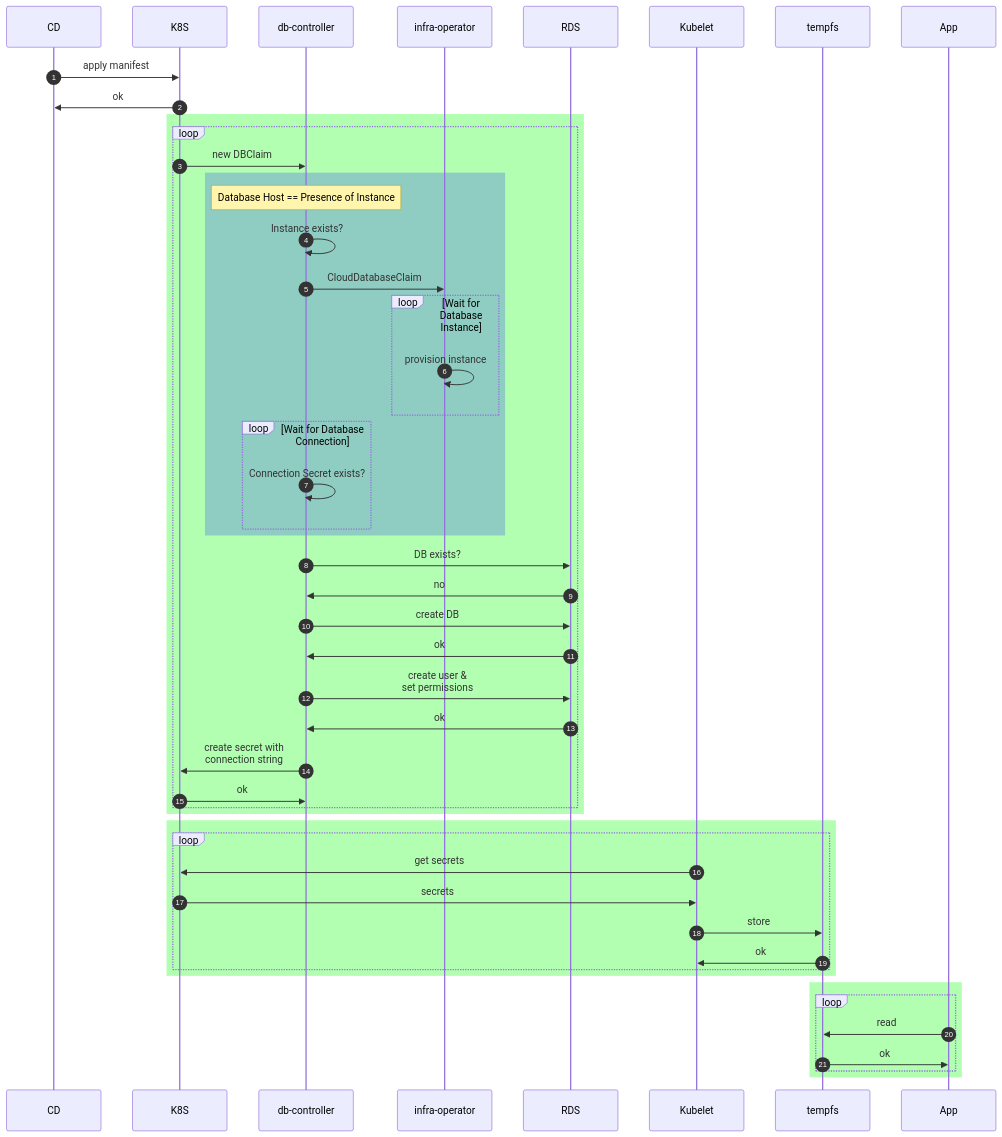
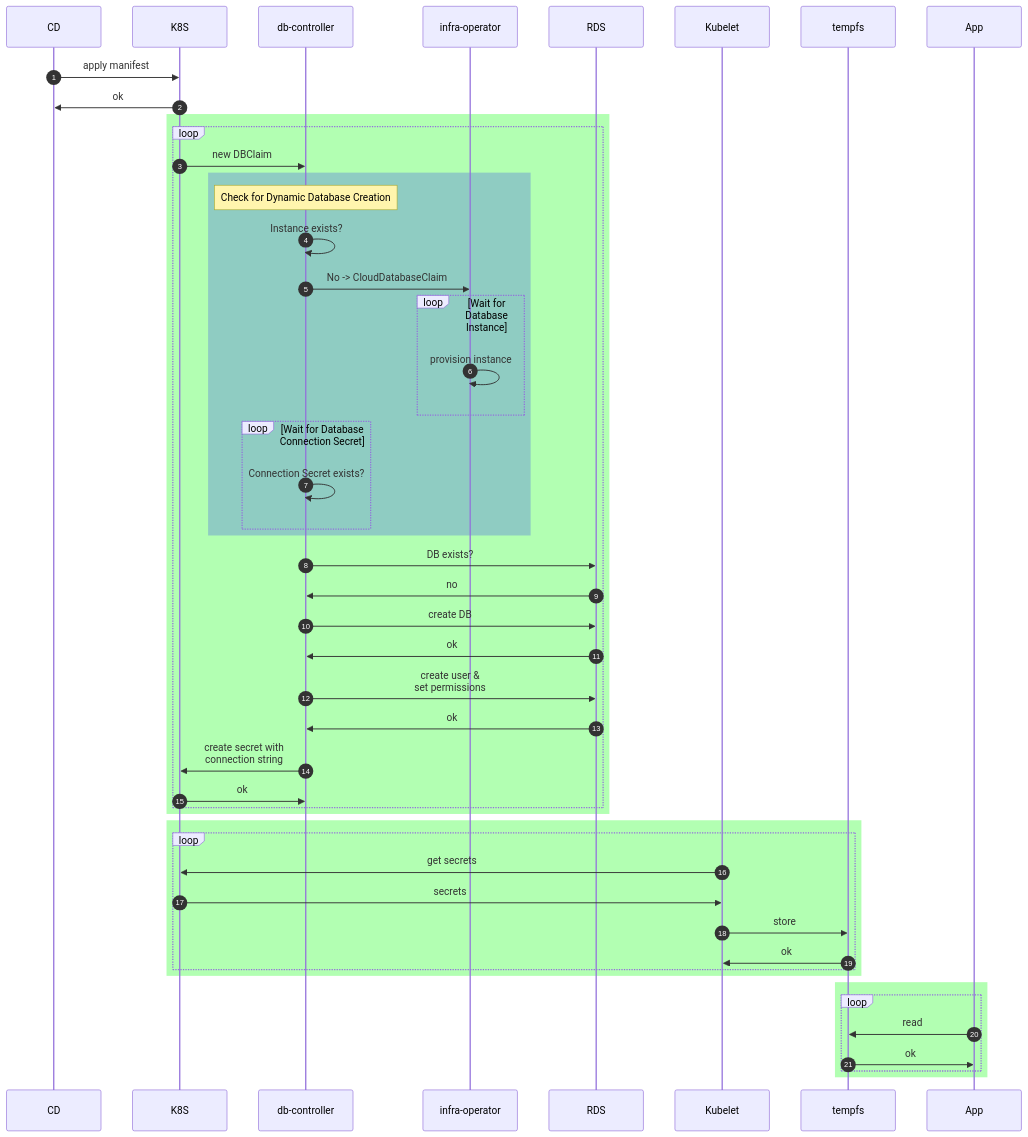
One commit to infobloxopen/db-controller changed the first of 7 diagrams in docs/index.md. Above: the diagram before and after it, drawn with Mermaid. The commit also changed other lines of this file, not shown here.

````diff
--- a/docs/index.md
+++ b/docs/index.md
@@ -80,44 +80,44 @@
 ```mermaid
   sequenceDiagram
     autonumber
     CD ->> K8S: apply manifest
     K8S ->> CD: ok
     rect rgb(0, 255, 0, .3)
         loop
             K8S->>db-controller: new DBClaim
             rect rgba(0, 0, 255, .2)
-                Note over db-controller: Database Host == Presence of Instance 
+                Note over db-controller: Check for Dynamic Database Creation 
                 db-controller->>db-controller: Instance exists?
-                db-controller->>infra-operator: CloudDatabaseClaim
+                db-controller->>infra-operator: No -> CloudDatabaseClaim
                 loop Wait for Database Instance
                     infra-operator->>infra-operator: provision instance
                 end
-                loop Wait for Database Connection
+                loop Wait for Database Connection Secret
                     db-controller->>db-controller: Connection Secret exists?
                 end
             end
             db-controller->>RDS: DB exists?
             RDS->>db-controller: no
             db-controller->>RDS: create DB
             RDS->>db-controller: ok
             db-controller->>RDS: create user &<br/> set permissions
             RDS->>db-controller: ok
             db-controller->>K8S: create secret with<br/> connection string
             K8S->>db-controller: ok
         end
     end
     rect rgb(0, 255, 0, .3)
         loop
             Kubelet->>K8S: get secrets
             K8S->>Kubelet: secrets
             Kubelet->>tempfs: store
             tempfs->>Kubelet: ok
         end
     end
     rect rgb(0, 255, 0, .3)
         loop
             App->>tempfs: read
             tempfs->>App: ok
         end
     end
 ```
````
